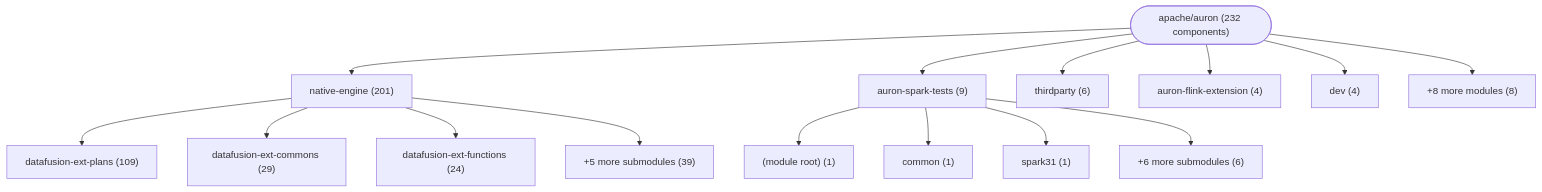
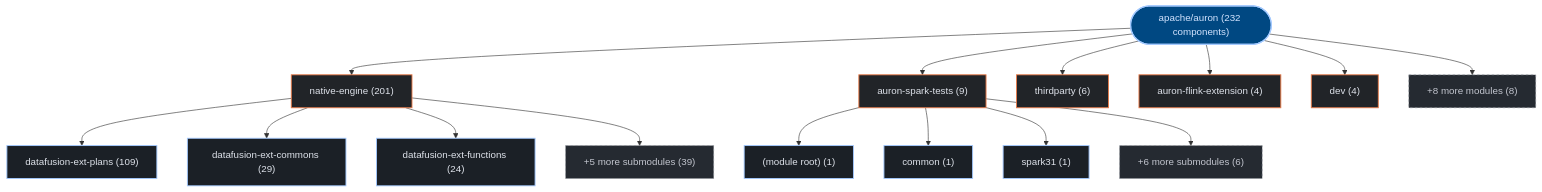
Before and after one commit to kumarshaz/atruss-code-atlas: the first of 3 diagrams in exports/latest/reports/apache-auron-report.md, drawn with Mermaid. The commit also changed other lines of this file and 331 other files, not shown here.

Commit message:
docs,ui,fix: update SDLC docs, reorder CI/CD DAG first, stylize Mermaid, and fix Arc42 pipeline topology

````diff
--- a/exports/latest/reports/apache-auron-report.md
+++ b/exports/latest/reports/apache-auron-report.md
@@ -42,32 +42,39 @@
 ```mermaid
 graph TD;
-    repo_root(["apache/auron (232 components)"])
-    dir_0_native_engine["native-engine (201)"]
+  classDef atlasRoot fill:#004882,stroke:#a3c9ff,stroke-width:2px,color:#d3e4ff
+  classDef atlasCategory fill:#212428,stroke:#E87A48,stroke-width:1.5px,color:#dfe3eb
+  classDef atlasWorkflow fill:#1b2026,stroke:#a3c9ff,stroke-width:1.5px,color:#dfe3eb
+  classDef atlasJob fill:#171c22,stroke:#8d9199,stroke-width:1px,color:#dfe3eb
+  classDef atlasTarget fill:#005227,stroke:#8bd99b,stroke-width:1.5px,color:#a7f6b6
+  classDef atlasAlert fill:#93000a,stroke:#ffb4ab,stroke-width:1.5px,color:#ffdad6
+  classDef atlasMore fill:#252a31,stroke:#8d9199,stroke-dasharray:4 4,color:#c3c6cf
+    repo_root(["apache/auron (232 components)"]):::atlasRoot
+    dir_0_native_engine["native-engine (201)"]:::atlasCategory
     repo_root --> dir_0_native_engine
-    sub_0_0_datafusion_ext_plans["datafusion-ext-plans (109)"]
+    sub_0_0_datafusion_ext_plans["datafusion-ext-plans (109)"]:::atlasWorkflow
     dir_0_native_engine --> sub_0_0_datafusion_ext_plans
-    sub_0_1_datafusion_ext_commons["datafusion-ext-commons (29)"]
+    sub_0_1_datafusion_ext_commons["datafusion-ext-commons (29)"]:::atlasWorkflow
     dir_0_native_engine --> sub_0_1_datafusion_ext_commons
-    sub_0_2_datafusion_ext_functions["datafusion-ext-functions (24)"]
+    sub_0_2_datafusion_ext_functions["datafusion-ext-functions (24)"]:::atlasWorkflow
     dir_0_native_engine --> sub_0_2_datafusion_ext_functions
-    sub_0_more["+5 more submodules (39)"]
+    sub_0_more["+5 more submodules (39)"]:::atlasMore
     dir_0_native_engine --> sub_0_more
-    dir_1_auron_spark_tests["auron-spark-tests (9)"]
+    dir_1_auron_spark_tests["auron-spark-tests (9)"]:::atlasCategory
     repo_root --> dir_1_auron_spark_tests
-    sub_1_0__module_root_["(module root) (1)"]
+    sub_1_0__module_root_["(module root) (1)"]:::atlasWorkflow
     dir_1_auron_spark_tests --> sub_1_0__module_root_
-    sub_1_1_common["common (1)"]
+    sub_1_1_common["common (1)"]:::atlasWorkflow
     dir_1_auron_spark_tests --> sub_1_1_common
-    sub_1_2_spark31["spark31 (1)"]
+    sub_1_2_spark31["spark31 (1)"]:::atlasWorkflow
     dir_1_auron_spark_tests --> sub_1_2_spark31
-    sub_1_more["+6 more submodules (6)"]
+    sub_1_more["+6 more submodules (6)"]:::atlasMore
     dir_1_auron_spark_tests --> sub_1_more
-    dir_2_thirdparty["thirdparty (6)"]
+    dir_2_thirdparty["thirdparty (6)"]:::atlasCategory
     repo_root --> dir_2_thirdparty
-    dir_3_auron_flink_extension["auron-flink-extension (4)"]
+    dir_3_auron_flink_extension["auron-flink-extension (4)"]:::atlasCategory
     repo_root --> dir_3_auron_flink_extension
-    dir_4_dev["dev (4)"]
+    dir_4_dev["dev (4)"]:::atlasCategory
     repo_root --> dir_4_dev
-    dir_other_modules["+8 more modules (8)"]
+    dir_other_modules["+8 more modules (8)"]:::atlasMore
     repo_root --> dir_other_modules
 ```
````
